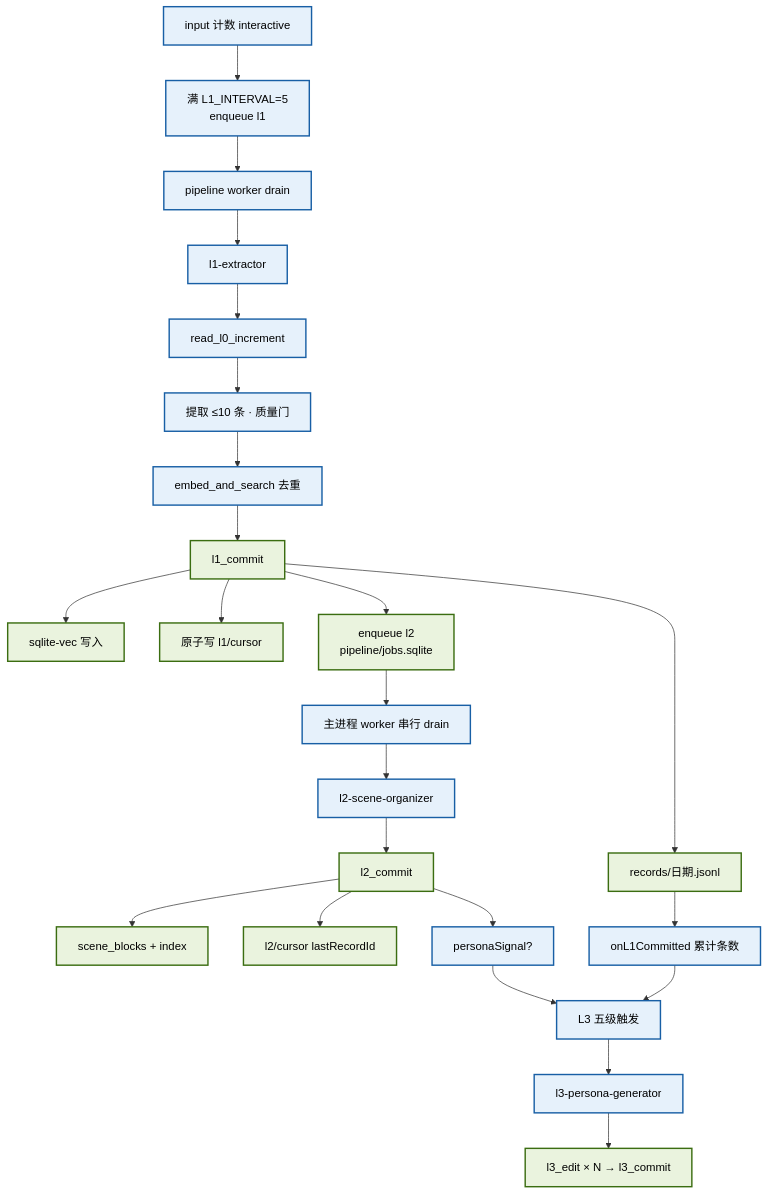
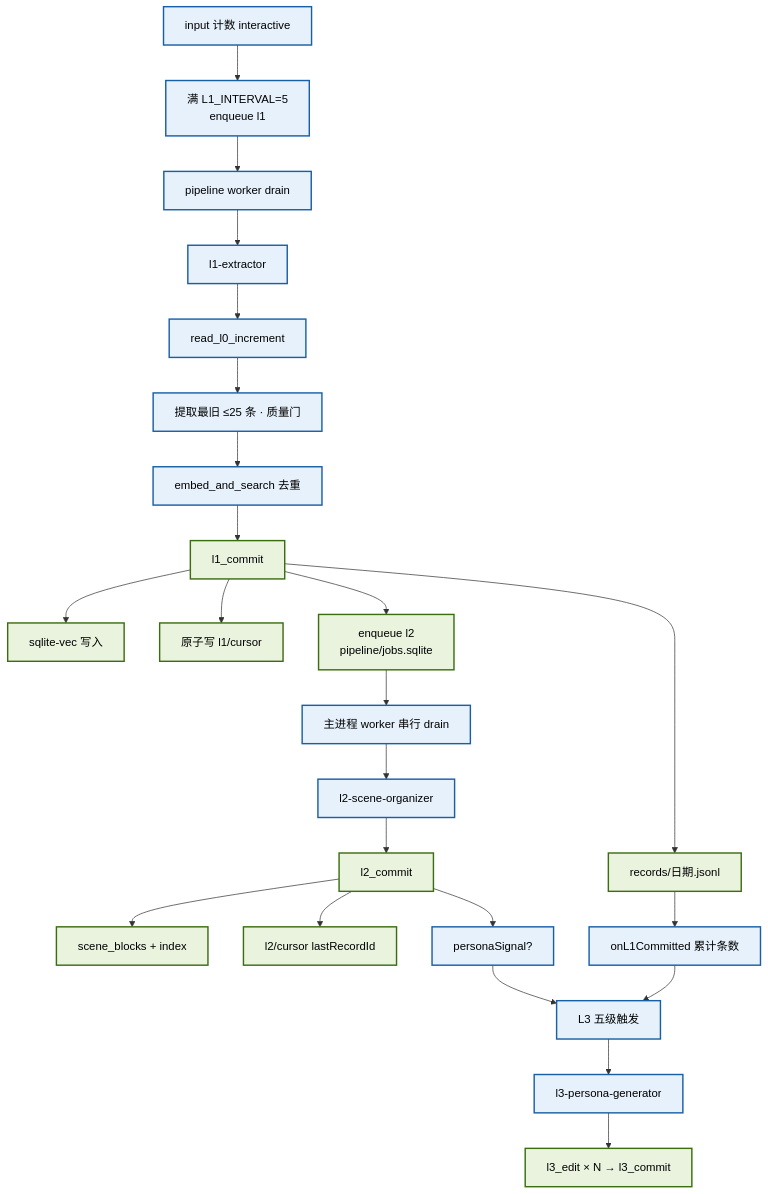
One commit to yinwenyuan28-afk/pi-memory-system changed the fifth of 7 diagrams in 记忆系统架构说明.md. Above: the diagram before and after it, drawn with Mermaid. The commit also changed other lines of this file and 1 other file, not shown here.

````diff
--- a/记忆系统架构说明.md
+++ b/记忆系统架构说明.md
@@ -276,33 +276,33 @@
 ```mermaid
 flowchart TD
     classDef blue fill:#E6F1FB,stroke:#185FA5,stroke-width:2px,color:#000
     classDef green fill:#EAF3DE,stroke:#3B6D11,stroke-width:2px,color:#000
 
     A["input 计数 interactive"]:::blue
     A --> B["满 L1_INTERVAL=5<br/>enqueue l1"]:::blue
     B --> C0["pipeline worker drain"]:::blue
     C0 --> C["l1-extractor"]:::blue
     C --> D["read_l0_increment"]:::blue
-    D --> E["提取 ≤10 条 · 质量门"]:::blue
+    D --> E["提取最旧 ≤25 条 · 质量门"]:::blue
     E --> F["embed_and_search 去重"]:::blue
     F --> G["l1_commit"]:::green
 
     G --> H["records/日期.jsonl"]:::green
     G --> I["sqlite-vec 写入"]:::green
     G --> J["原子写 l1/cursor"]:::green
 
     G --> K["enqueue l2<br/>pipeline/jobs.sqlite"]:::green
     K --> L["主进程 worker 串行 drain"]:::blue
     L --> M["l2-scene-organizer"]:::blue
     M --> N["l2_commit"]:::green
 
     N --> O["scene_blocks + index"]:::green
     N --> P["l2/cursor lastRecordId"]:::green
     N --> Q["personaSignal?"]:::blue
 
     H --> R["onL1Committed 累计条数"]:::blue
     Q --> S["L3 五级触发"]:::blue
     R --> S
     S --> T["l3-persona-generator"]:::blue
     T --> U["l3_edit × N → l3_commit"]:::green
 ```
````
